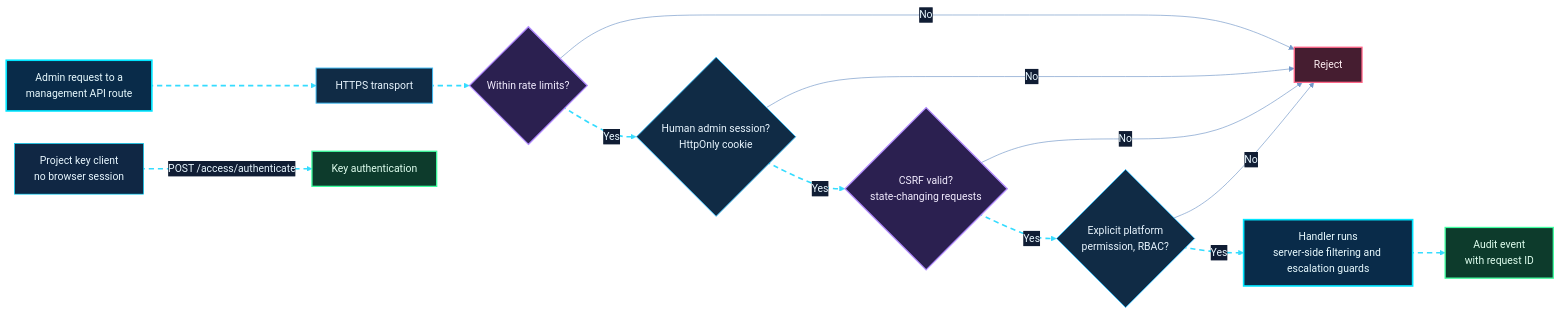
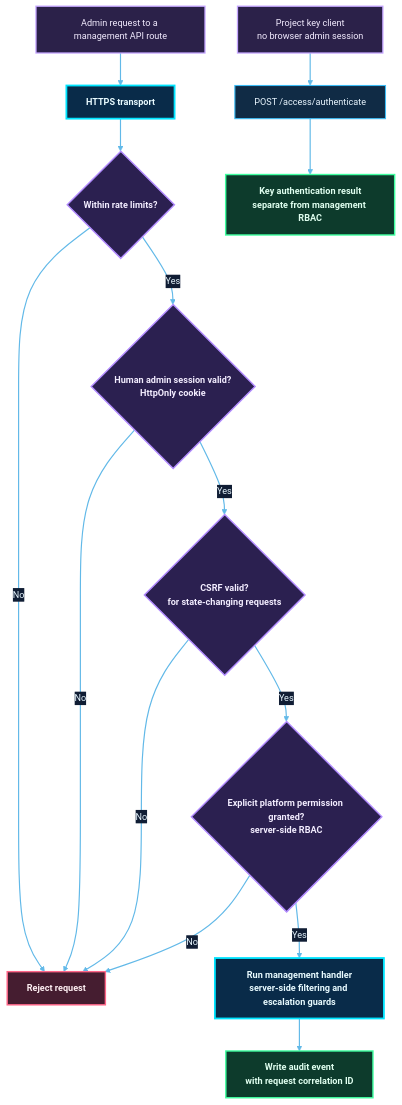
Before and after one commit to shajeduzzamanenan992008inc/NexOra-Database-key-Gen: diagram 17 of 23 in README.md, drawn with Mermaid. The commit also changed other lines of this file, not shown here.

````diff
--- a/README.md
+++ b/README.md
@@ -1421,36 +1442,37 @@
 ```mermaid
-%%{init: {"theme":"base","themeVariables":{"darkMode":true,"background":"#07111f","primaryColor":"#102744","primaryTextColor":"#e8f7ff","primaryBorderColor":"#00d9ff","lineColor":"#7297c8","secondaryColor":"#261d45","secondaryTextColor":"#f3eaff","secondaryBorderColor":"#a78bfa","tertiaryColor":"#12332b","tertiaryTextColor":"#e0fff1","tertiaryBorderColor":"#41e6a2","fontFamily":"Inter, Segoe UI, sans-serif","edgeLabelBackground":"#101d34","mainBkg":"#102744","nodeBorder":"#00d9ff","clusterBkg":"#0b1930","clusterBorder":"#6f7dff","actorBkg":"#102744","actorBorder":"#00d9ff","actorTextColor":"#e8f7ff","signalColor":"#64d8ff","signalTextColor":"#e8f7ff","noteBkgColor":"#0e332b","noteBorderColor":"#41e6a2","noteTextColor":"#e0fff1"}}}%%
-flowchart LR
-    R["Admin request to a<br/>management API route"] nx13e01@--> T["HTTPS transport"]
-    T nx13e02@--> L{"Within rate limits?"}
-    L -->|No| X["Reject"]
-    L nx13e03@-->|Yes| S{"Human admin session?<br/>HttpOnly cookie"}
-    S -->|No| X
-    S nx13e04@-->|Yes| C{"CSRF valid?<br/>state-changing requests"}
-    C -->|No| X
-    C nx13e05@-->|Yes| P{"Explicit platform<br/>permission, RBAC?"}
-    P -->|No| X
-    P nx13e06@-->|Yes| H["Handler runs<br/>server-side filtering and escalation guards"]
-    H nx13e07@--> A["Audit event<br/>with request ID"]
-    K["Project key client<br/>no browser session"] nx13e08@-->|"POST /access/authenticate"| KA["Key authentication"]
+%%{init: {"theme":"base","themeVariables":{"darkMode":true,"background":"#07111f","primaryColor":"#102744","primaryTextColor":"#e8f7ff","primaryBorderColor":"#00d9ff","lineColor":"#62b9e8","secondaryColor":"#261d45","secondaryTextColor":"#f3eaff","secondaryBorderColor":"#a78bfa","tertiaryColor":"#12332b","tertiaryTextColor":"#e0fff1","tertiaryBorderColor":"#41e6a2","fontFamily":"Inter, Segoe UI, sans-serif","fontSize":"14px","edgeLabelBackground":"#101d34","mainBkg":"#102744","nodeBorder":"#00d9ff","clusterBkg":"#0b1930","clusterBorder":"#6f7dff","actorBkg":"#102744","actorBorder":"#00d9ff","actorTextColor":"#e8f7ff","signalColor":"#64d8ff","signalTextColor":"#e8f7ff","noteBkgColor":"#0e332b","noteBorderColor":"#41e6a2","noteTextColor":"#e0fff1"}}}%%
+flowchart TB
+    ADMIN["Admin request to a management API route"] --> HTTPS["HTTPS transport"]
+    HTTPS --> RATE{"Within rate limits?"}
+    RATE -->|No| REJECT["Reject request"]
+    RATE -->|Yes| SESSION{"Human admin session valid?<br/>HttpOnly cookie"}
+    SESSION -->|No| REJECT
+    SESSION -->|Yes| CSRF{"CSRF valid?<br/>for state-changing requests"}
+    CSRF -->|No| REJECT
+    CSRF -->|Yes| PERM{"Explicit platform permission granted?<br/>server-side RBAC"}
+    PERM -->|No| REJECT
+    PERM -->|Yes| HANDLER["Run management handler<br/>server-side filtering and escalation guards"]
+    HANDLER --> AUDIT["Write audit event<br/>with request correlation ID"]
 
-    %% OMEGA NEX-ORA visual classes
-    %% OMEGA NEX-ORA / ULTRA NEON PALETTE
-    classDef nxCore fill:#092b49,stroke:#00e5ff,stroke-width:2.5px,color:#e9fbff;
-    classDef nxProcess fill:#102b45,stroke:#3dbcf5,stroke-width:1.5px,color:#e9f6ff;
-    classDef nxDecision fill:#2b2050,stroke:#b38cff,stroke-width:2px,color:#f3edff;
-    classDef nxSuccess fill:#0d3b2c,stroke:#3fffa0,stroke-width:2px,color:#e0fff0;
-    classDef nxDanger fill:#451d30,stroke:#ff6688,stroke-width:2px,color:#fff0f3;
+    KEYCLIENT["Project key client<br/>no browser admin session"] --> KEYAUTH["POST /access/authenticate"]
+    KEYAUTH --> KEYRESULT["Key authentication result<br/>separate from management RBAC"]
+
+
+    %% OMEGA NEX-ORA · ULTRA NEON DESIGN SYSTEM
+    classDef nxCore fill:#092b49,stroke:#00e5ff,stroke-width:2.8px,color:#e9fbff,font-weight:bold;
+    classDef nxProcess fill:#102b45,stroke:#3dbcf5,stroke-width:1.7px,color:#e9f6ff;
+    classDef nxDecision fill:#2b2050,stroke:#b38cff,stroke-width:2.2px,color:#f3edff,font-weight:bold;
+    classDef nxSuccess fill:#0d3b2c,stroke:#3fffa0,stroke-width:2.2px,color:#e0fff0,font-weight:bold;
+    classDef nxDanger fill:#451d30,stroke:#ff6688,stroke-width:2.2px,color:#fff0f3,font-weight:bold;
     classDef nxData fill:#12352d,stroke:#63e6be,stroke-width:2px,color:#e1fff5;
     classDef nxExternal fill:#2b2149,stroke:#c4a5ff,stroke-width:2px,color:#f3ecff;
     classDef nxInfo fill:#17253e,stroke:#91a7c9,stroke-width:1.5px,color:#e5efff;
     classDef nxWarning fill:#453116,stroke:#fbbf24,stroke-width:2px,color:#fff6d6;
-    %% Moving dashed route: Mermaid applies this class to explicitly identified edges.
-    classDef nxAnimated stroke:#35dcff,stroke-width:2.5px,stroke-dasharray:8\,6,stroke-dashoffset:1000,animation:dash 24s linear infinite;
-    class R,H nxCore;
-    class T,S,P nxProcess;
-    class L,C nxDecision;
-    class X nxDanger;
-    class A,KA nxSuccess;
-    class nx13e01,nx13e02,nx13e03,nx13e04,nx13e05,nx13e06,nx13e07,nx13e08 nxAnimated;
+    linkStyle default stroke:#62b9e8,stroke-width:1.8px;
+    class ADMIN,KEYCLIENT nxExternal;
+    class HTTPS,HANDLER nxCore;
+    class RATE,SESSION,CSRF,PERM nxDecision;
+    class REJECT nxDanger;
+    class AUDIT,KEYRESULT nxSuccess;
+    class KEYAUTH nxProcess;
 ```
````
